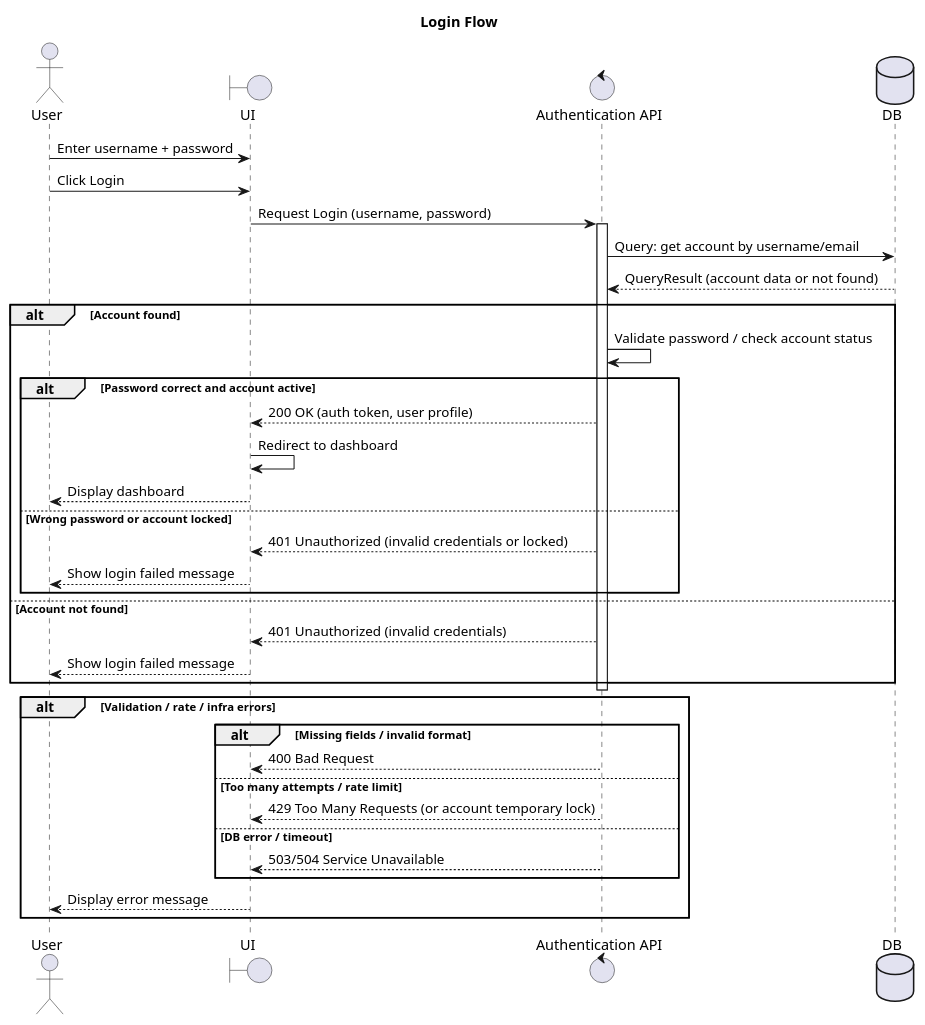
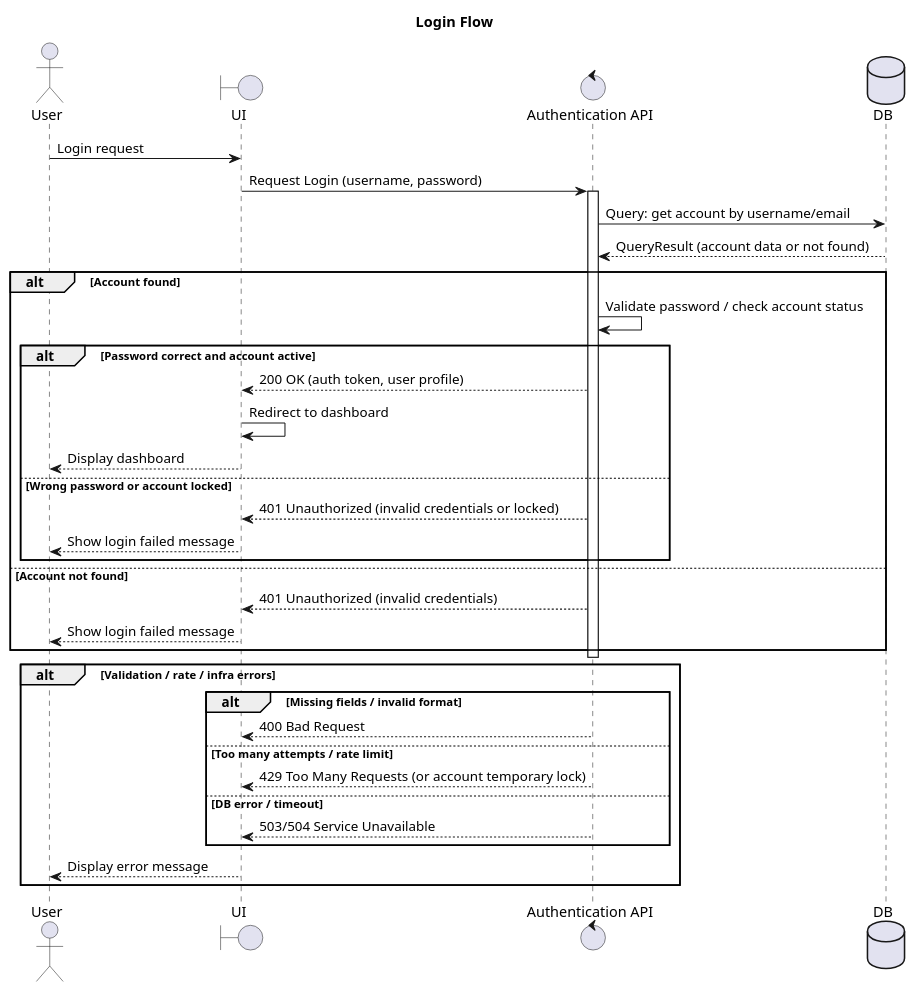
Before and after one commit to Sagitoaz/BTL_OOP: the diagram in UML/Sequence/Login.puml, drawn with PlantUML. The commit also changed 3 other files, not shown here.

Commit message:
Fix: Account Sequence

```diff
--- a/UML/Sequence/Login.puml
+++ b/UML/Sequence/Login.puml
@@ -1,42 +1,41 @@
 @startuml Login Flow
 title Login Flow
 actor User
 boundary UI
 control "Authentication API" as Auth
 database DB
 
-User -> UI: Enter username + password
-User -> UI: Click Login
+User -> UI: Login request
 UI -> Auth: Request Login (username, password)
 activate Auth
 
 Auth -> DB: Query: get account by username/email
 DB --> Auth: QueryResult (account data or not found)
 
 alt Account found
     Auth -> Auth: Validate password / check account status
     alt Password correct and account active
         Auth --> UI: 200 OK (auth token, user profile)
         UI -> UI: Redirect to dashboard
         UI --> User: Display dashboard
     else Wrong password or account locked
         Auth --> UI: 401 Unauthorized (invalid credentials or locked)
         UI --> User: Show login failed message
     end
 else Account not found
     Auth --> UI: 401 Unauthorized (invalid credentials)
     UI --> User: Show login failed message
 end
 deactivate Auth
 
 alt Validation / rate / infra errors
     alt Missing fields / invalid format
         Auth --> UI: 400 Bad Request
     else Too many attempts / rate limit
         Auth --> UI: 429 Too Many Requests (or account temporary lock)
     else DB error / timeout
         Auth --> UI: 503/504 Service Unavailable
     end
     UI --> User: Display error message
 end
 @enduml
```
